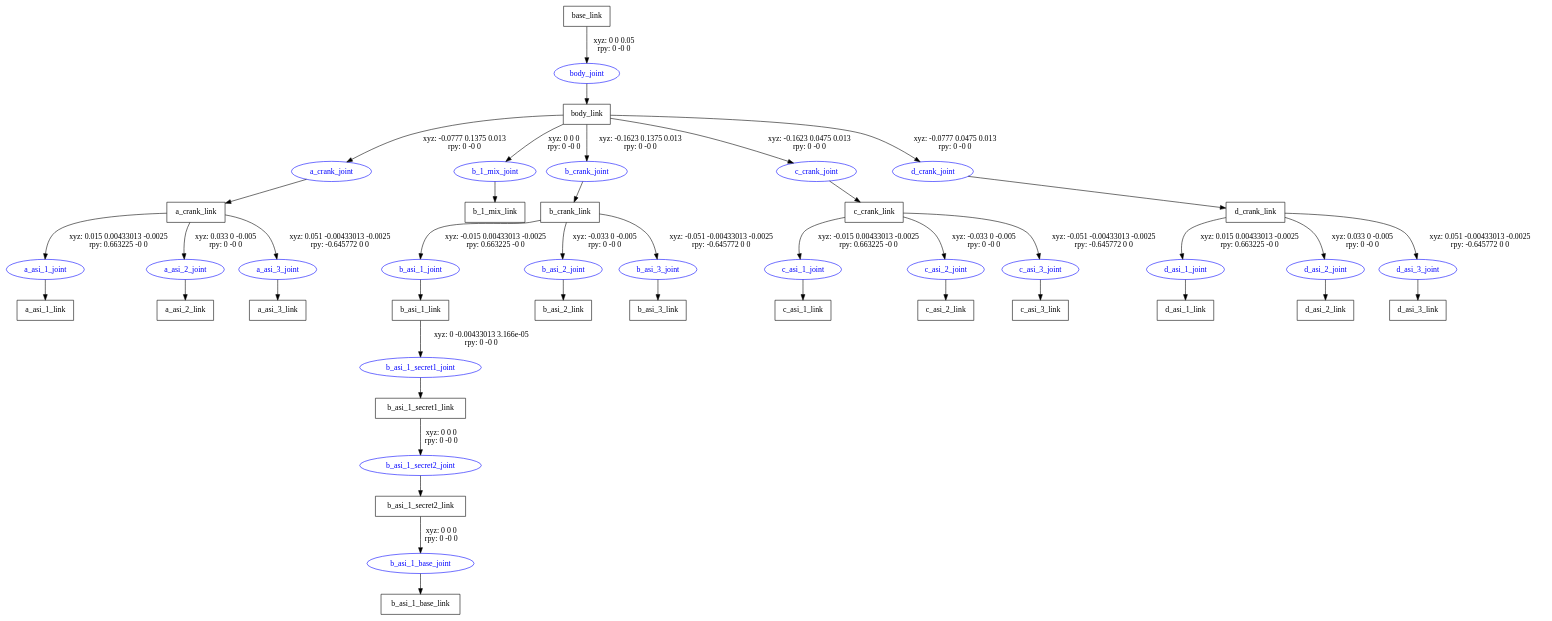
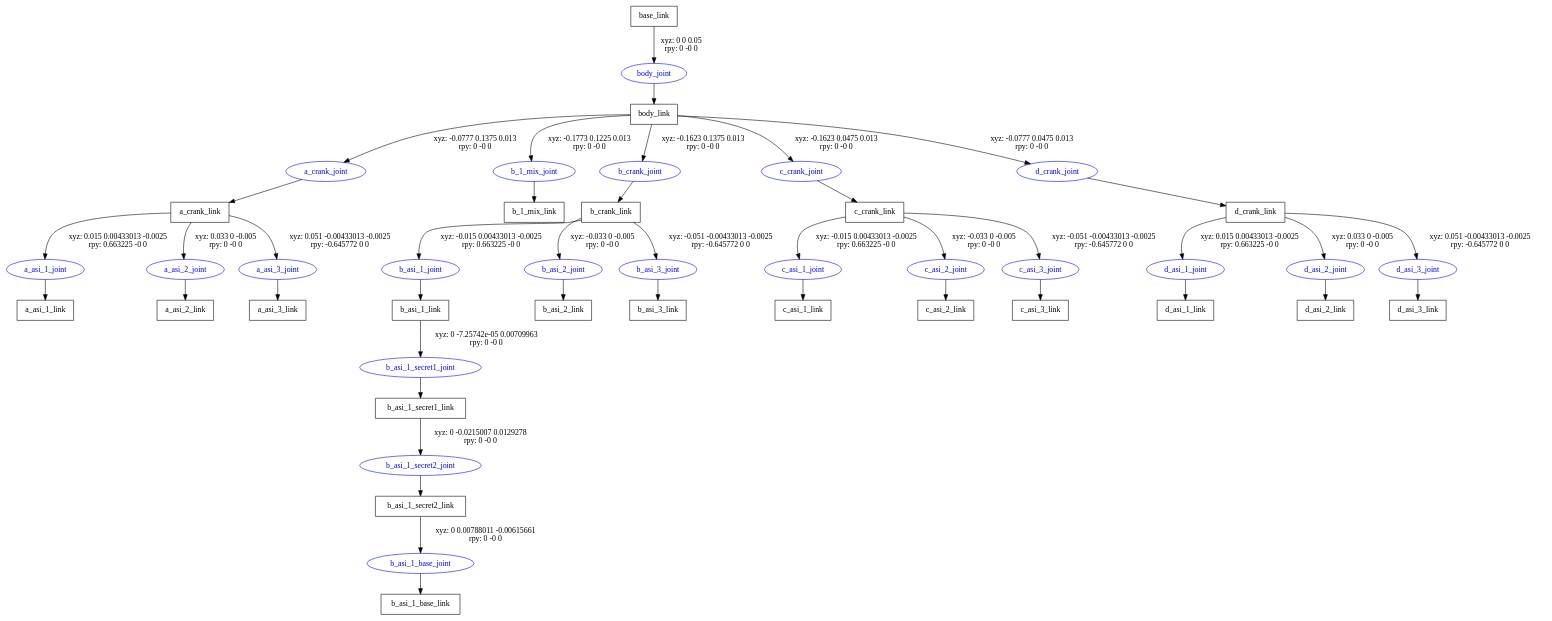
Before and after one commit to i14simizu/hekken_kouza2020: the diagram in urdf/hekken.gv, drawn with Graphviz. The commit also changed 3 other files, not shown here.

```diff
--- a/urdf/hekken.gv
+++ b/urdf/hekken.gv
@@ -1,68 +1,68 @@
 digraph G {
 node [shape=box];
 "base_link" [label="base_link"];
 "body_link" [label="body_link"];
 "a_crank_link" [label="a_crank_link"];
 "a_asi_1_link" [label="a_asi_1_link"];
 "a_asi_2_link" [label="a_asi_2_link"];
 "a_asi_3_link" [label="a_asi_3_link"];
 "b_1_mix_link" [label="b_1_mix_link"];
 "b_crank_link" [label="b_crank_link"];
 "b_asi_1_link" [label="b_asi_1_link"];
 "b_asi_1_secret1_link" [label="b_asi_1_secret1_link"];
 "b_asi_1_secret2_link" [label="b_asi_1_secret2_link"];
 "b_asi_1_base_link" [label="b_asi_1_base_link"];
 "b_asi_2_link" [label="b_asi_2_link"];
 "b_asi_3_link" [label="b_asi_3_link"];
 "c_crank_link" [label="c_crank_link"];
 "c_asi_1_link" [label="c_asi_1_link"];
 "c_asi_2_link" [label="c_asi_2_link"];
 "c_asi_3_link" [label="c_asi_3_link"];
 "d_crank_link" [label="d_crank_link"];
 "d_asi_1_link" [label="d_asi_1_link"];
 "d_asi_2_link" [label="d_asi_2_link"];
 "d_asi_3_link" [label="d_asi_3_link"];
 node [shape=ellipse, color=blue, fontcolor=blue];
 "base_link" -> "body_joint" [label="xyz: 0 0 0.05 \nrpy: 0 -0 0"]
 "body_joint" -> "body_link"
 "body_link" -> "a_crank_joint" [label="xyz: -0.0777 0.1375 0.013 \nrpy: 0 -0 0"]
 "a_crank_joint" -> "a_crank_link"
 "a_crank_link" -> "a_asi_1_joint" [label="xyz: 0.015 0.00433013 -0.0025 \nrpy: 0.663225 -0 0"]
 "a_asi_1_joint" -> "a_asi_1_link"
 "a_crank_link" -> "a_asi_2_joint" [label="xyz: 0.033 0 -0.005 \nrpy: 0 -0 0"]
 "a_asi_2_joint" -> "a_asi_2_link"
 "a_crank_link" -> "a_asi_3_joint" [label="xyz: 0.051 -0.00433013 -0.0025 \nrpy: -0.645772 0 0"]
 "a_asi_3_joint" -> "a_asi_3_link"
-"body_link" -> "b_1_mix_joint" [label="xyz: 0 0 0 \nrpy: 0 -0 0"]
+"body_link" -> "b_1_mix_joint" [label="xyz: -0.1773 0.1225 0.013 \nrpy: 0 -0 0"]
 "b_1_mix_joint" -> "b_1_mix_link"
 "body_link" -> "b_crank_joint" [label="xyz: -0.1623 0.1375 0.013 \nrpy: 0 -0 0"]
 "b_crank_joint" -> "b_crank_link"
 "b_crank_link" -> "b_asi_1_joint" [label="xyz: -0.015 0.00433013 -0.0025 \nrpy: 0.663225 -0 0"]
 "b_asi_1_joint" -> "b_asi_1_link"
-"b_asi_1_link" -> "b_asi_1_secret1_joint" [label="xyz: 0 -0.00433013 3.166e-05 \nrpy: 0 -0 0"]
+"b_asi_1_link" -> "b_asi_1_secret1_joint" [label="xyz: 0 -7.25742e-05 0.00709963 \nrpy: 0 -0 0"]
 "b_asi_1_secret1_joint" -> "b_asi_1_secret1_link"
-"b_asi_1_secret1_link" -> "b_asi_1_secret2_joint" [label="xyz: 0 0 0 \nrpy: 0 -0 0"]
+"b_asi_1_secret1_link" -> "b_asi_1_secret2_joint" [label="xyz: 0 -0.0215007 0.0129278 \nrpy: 0 -0 0"]
 "b_asi_1_secret2_joint" -> "b_asi_1_secret2_link"
-"b_asi_1_secret2_link" -> "b_asi_1_base_joint" [label="xyz: 0 0 0 \nrpy: 0 -0 0"]
+"b_asi_1_secret2_link" -> "b_asi_1_base_joint" [label="xyz: 0 0.00788011 -0.00615661 \nrpy: 0 -0 0"]
 "b_asi_1_base_joint" -> "b_asi_1_base_link"
 "b_crank_link" -> "b_asi_2_joint" [label="xyz: -0.033 0 -0.005 \nrpy: 0 -0 0"]
 "b_asi_2_joint" -> "b_asi_2_link"
 "b_crank_link" -> "b_asi_3_joint" [label="xyz: -0.051 -0.00433013 -0.0025 \nrpy: -0.645772 0 0"]
 "b_asi_3_joint" -> "b_asi_3_link"
 "body_link" -> "c_crank_joint" [label="xyz: -0.1623 0.0475 0.013 \nrpy: 0 -0 0"]
 "c_crank_joint" -> "c_crank_link"
 "c_crank_link" -> "c_asi_1_joint" [label="xyz: -0.015 0.00433013 -0.0025 \nrpy: 0.663225 -0 0"]
 "c_asi_1_joint" -> "c_asi_1_link"
 "c_crank_link" -> "c_asi_2_joint" [label="xyz: -0.033 0 -0.005 \nrpy: 0 -0 0"]
 "c_asi_2_joint" -> "c_asi_2_link"
 "c_crank_link" -> "c_asi_3_joint" [label="xyz: -0.051 -0.00433013 -0.0025 \nrpy: -0.645772 0 0"]
 "c_asi_3_joint" -> "c_asi_3_link"
 "body_link" -> "d_crank_joint" [label="xyz: -0.0777 0.0475 0.013 \nrpy: 0 -0 0"]
 "d_crank_joint" -> "d_crank_link"
 "d_crank_link" -> "d_asi_1_joint" [label="xyz: 0.015 0.00433013 -0.0025 \nrpy: 0.663225 -0 0"]
 "d_asi_1_joint" -> "d_asi_1_link"
 "d_crank_link" -> "d_asi_2_joint" [label="xyz: 0.033 0 -0.005 \nrpy: 0 -0 0"]
 "d_asi_2_joint" -> "d_asi_2_link"
 "d_crank_link" -> "d_asi_3_joint" [label="xyz: 0.051 -0.00433013 -0.0025 \nrpy: -0.645772 0 0"]
 "d_asi_3_joint" -> "d_asi_3_link"
 }
```
